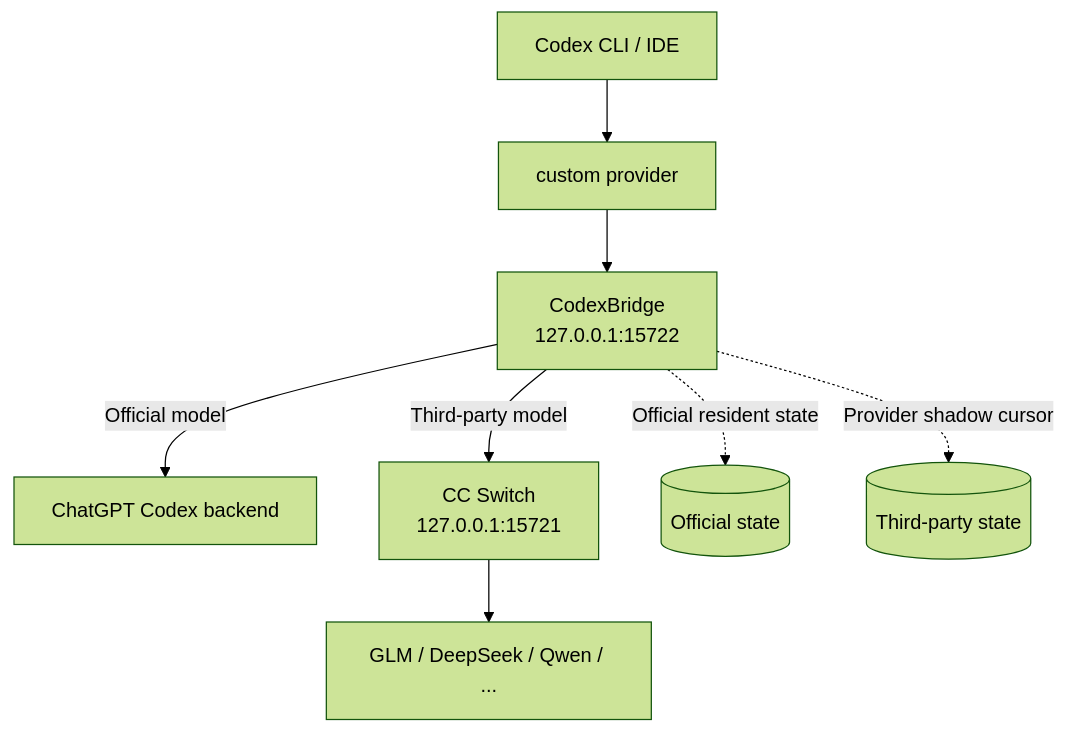
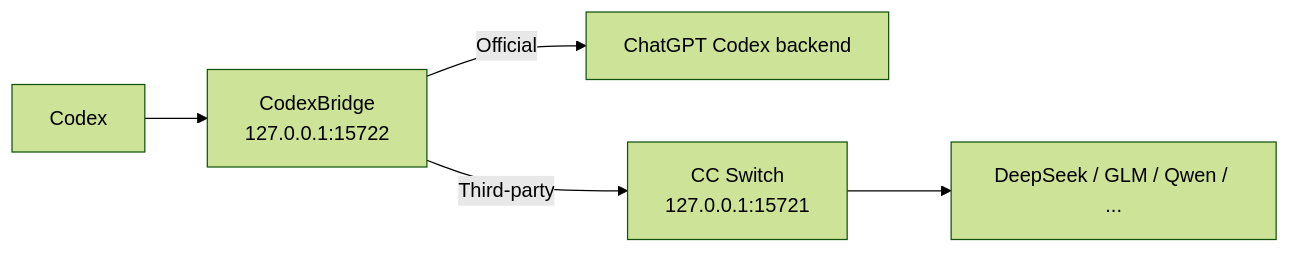
The diagram in README.en.md (StrengW/cc-switch-codex-cross-provider-bridge), drawn with Mermaid (forest theme) before and after one commit. The commit also changed other lines of this file and 1 other file, not shown here.

Commit message:
Refactor README.md for clarity and conciseness; improve installation instructions and compatibility notes; emphasize CodexBridge's role in maintaining session continuity across providers.

````diff
--- a/README.en.md
+++ b/README.en.md
@@ -233,12 +126,7 @@
 ```mermaid
-flowchart TD
-    C[Codex CLI / IDE] --> P[custom provider]
-    P --> B[CodexBridge<br/>127.0.0.1:15722]
-
-    B -->|Official model| O[ChatGPT Codex backend]
-    B -->|Third-party model| S[CC Switch<br/>127.0.0.1:15721]
-    S --> G[GLM / DeepSeek / Qwen / ...]
-
-    B -. Official resident state .-> OS[(Official state)]
-    B -. Provider shadow cursor .-> TS[(Third-party state)]
+flowchart LR
+    C[Codex] --> B[CodexBridge\n127.0.0.1:15722]
+    B -->|Official| O[ChatGPT Codex backend]
+    B -->|Third-party| S[CC Switch\n127.0.0.1:15721]
+    S --> P[DeepSeek / GLM / Qwen / ...]
 ```
````
